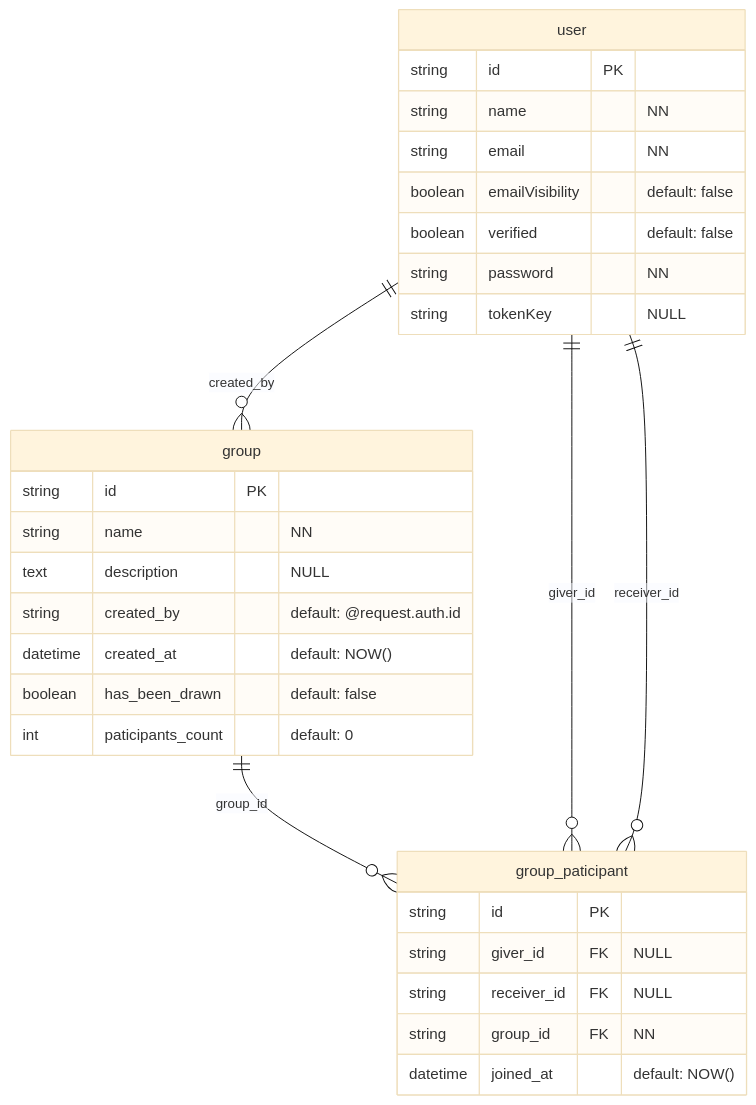
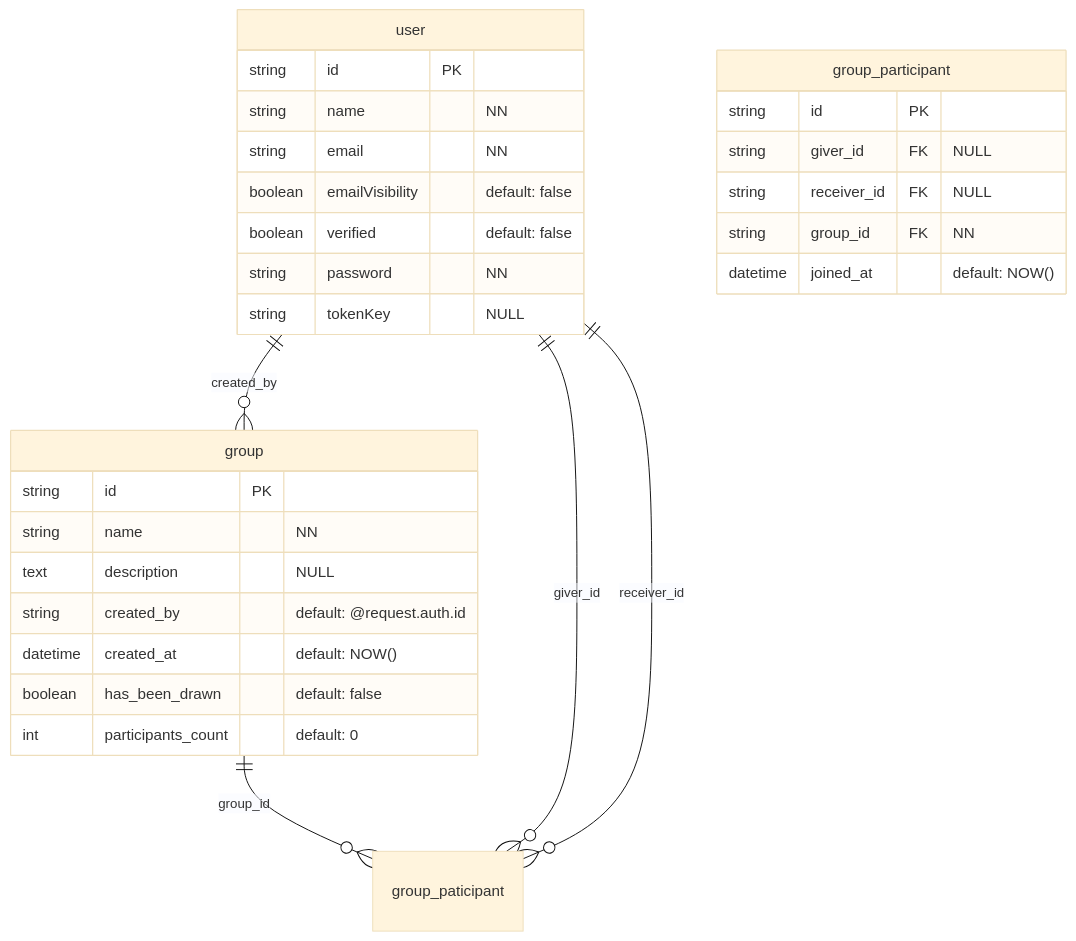
Before and after one commit to SamuelPatrickMeneses/com-quem-seraa: the first of 2 diagrams in docs/sdd.md, drawn with Mermaid (base theme). The commit also changed other lines of this file and 1 other file, not shown here.

````diff
--- a/docs/sdd.md
+++ b/docs/sdd.md
@@ -38,37 +38,37 @@
 ```mermaid
 erDiagram
     group {
         string id PK
         string name "NN"
         text description "NULL"
         string created_by "default: @request.auth.id"
         datetime created_at "default: NOW()"
         boolean has_been_drawn "default: false"
-        int paticipants_count "default: 0"
+        int participants_count "default: 0"
     }
     
     user {
         string id PK
         string name "NN"
         string email "NN"
         boolean emailVisibility "default: false"
         boolean verified "default: false"
         string password "NN"
         string tokenKey "NULL"
     }
     
     
-    group_paticipant {
+    group_participant {
         string id PK
         string giver_id FK "NULL"
         string receiver_id FK "NULL"
         string group_id FK "NN"
         datetime joined_at "default: NOW()"
     }
     
 
     user ||--o{ group : created_by
     group ||--o{ group_paticipant : group_id
     user ||--o{ group_paticipant : giver_id
     user ||--o{ group_paticipant : receiver_id
 ```
````
